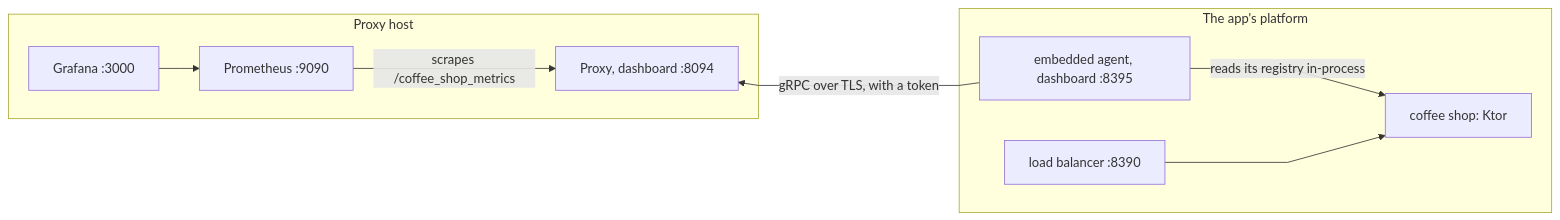
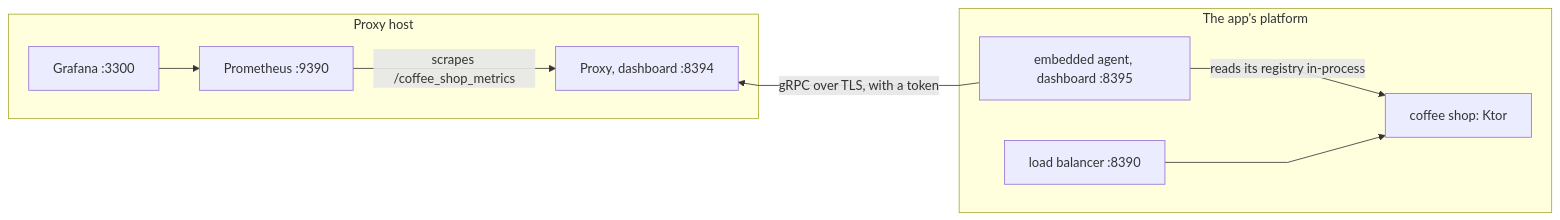
One commit to pambrose/prometheus-proxy changed the diagram in website/prometheus-proxy/docs/embedded-demo.md. Above: the diagram before and after it, drawn with Mermaid. The commit also changed other lines of this file and 239 other files, not shown here.

````diff
--- a/website/prometheus-proxy/docs/embedded-demo.md
+++ b/website/prometheus-proxy/docs/embedded-demo.md
@@ -12,23 +12,23 @@
 ``` mermaid
 %%{init: {'flowchart': {'curve': 'linear'}}}%%
 graph LR
-  G[Grafana :3000] --> P[Prometheus :9090]
-  P -->|scrapes /coffee_shop_metrics| Proxy[Proxy, dashboard :8094]
+  G[Grafana :3300] --> P[Prometheus :9390]
+  P -->|scrapes /coffee_shop_metrics| Proxy[Proxy, dashboard :8394]
   %% The agent connects out to the proxy, so its arrow points back. The invisible link keeps the app to the right.
   Proxy ~~~ Agent
   Agent[embedded agent, dashboard :8395] -->|gRPC over TLS, with a token| Proxy
   Agent -->|reads its registry in-process| App[coffee shop: Ktor]
   LB[load balancer :8390] --> App
 
   subgraph Proxy host
     G
     P
     Proxy
   end
 
   subgraph The app's platform
     LB
     Agent
     App
   end
 ```
````
